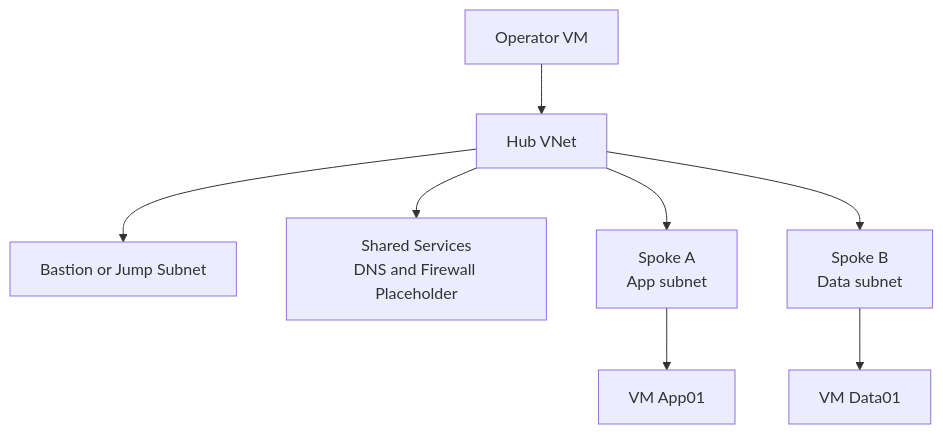
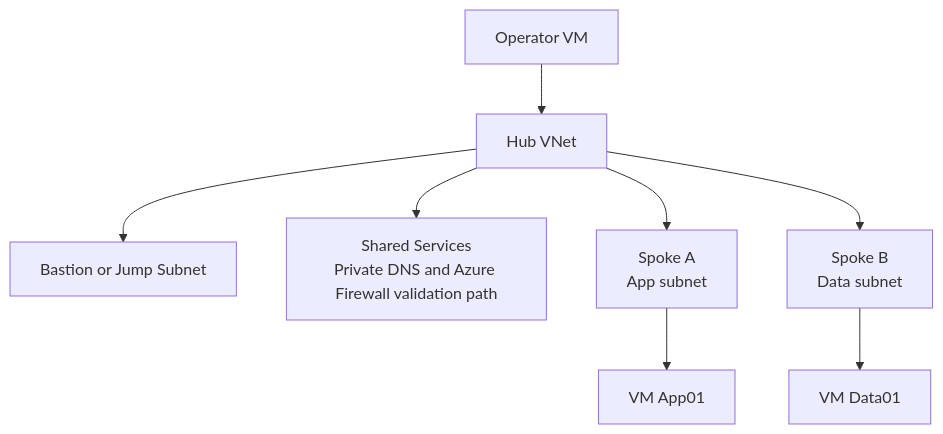
Before and after one commit to yeongseon/azure-networking-practical-guide: the diagram in docs/tutorials/lab-guides/lab-01-hub-spoke-topology.md, drawn with Mermaid. The commit also changed other lines of this file and 80 other files, not shown here.

````diff
--- a/docs/tutorials/lab-guides/lab-01-hub-spoke-topology.md
+++ b/docs/tutorials/lab-guides/lab-01-hub-spoke-topology.md
@@ -35,13 +43,13 @@
 ```mermaid
 flowchart TD
                 Admin[Operator VM] --> Hub[Hub VNet]
                 Hub --> Bastion[Bastion or Jump Subnet]
                 Hub --> Shared[Shared Services
-DNS and Firewall Placeholder]
+Private DNS and Azure Firewall validation path]
                 Hub --> SpokeA[Spoke A
 App subnet]
                 Hub --> SpokeB[Spoke B
 Data subnet]
                 SpokeA --> WorkloadA[VM App01]
                 SpokeB --> WorkloadB[VM Data01]
 ```
````
